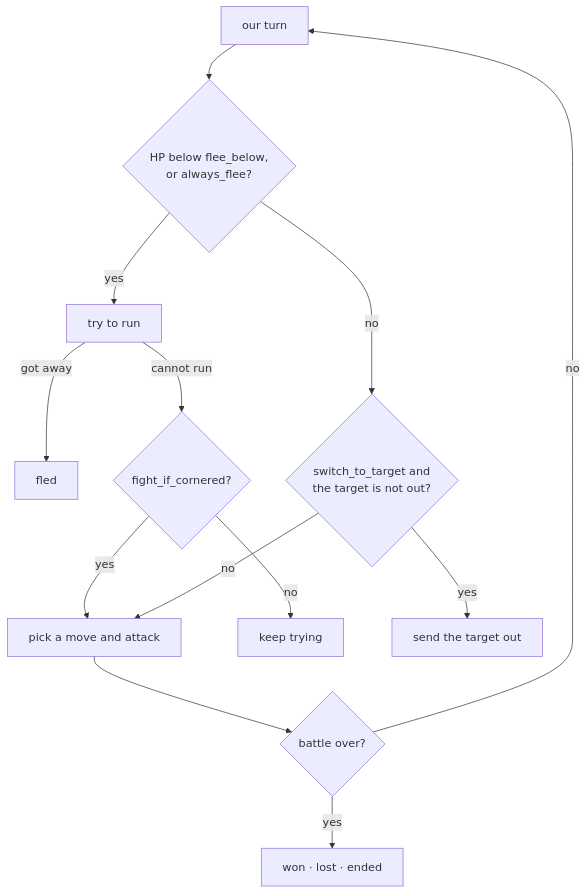
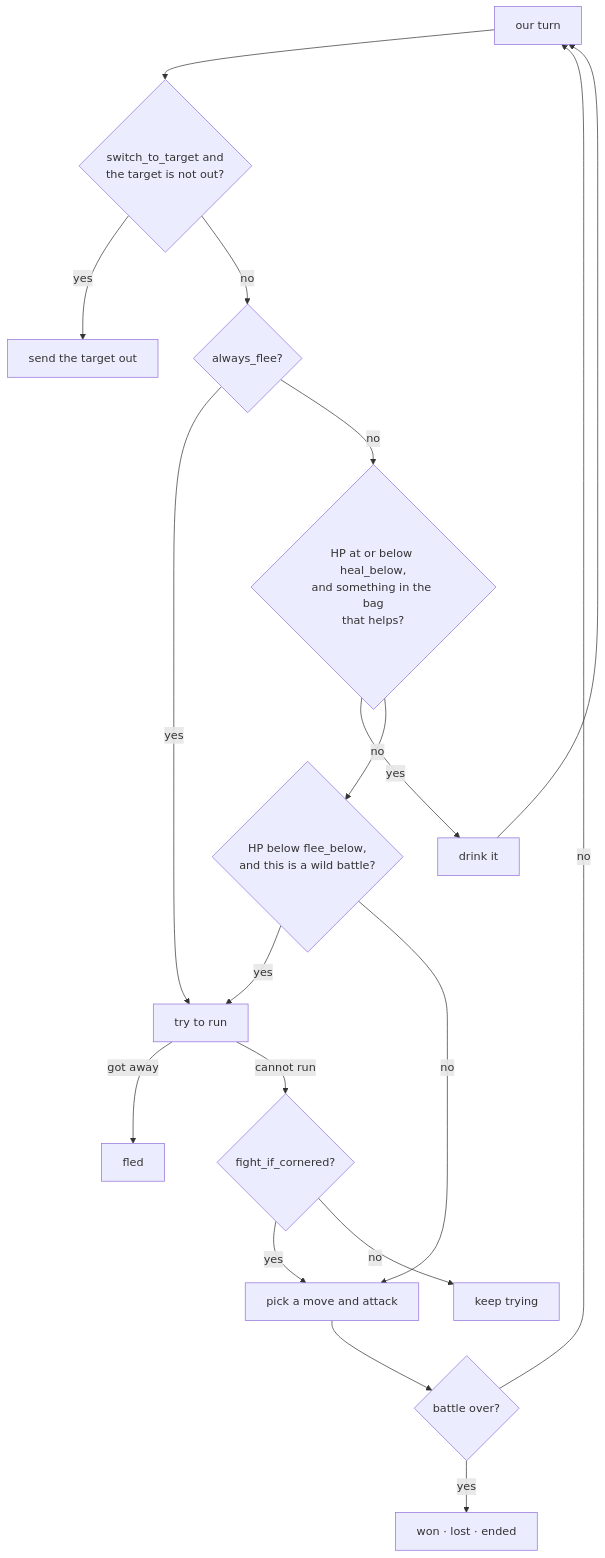
The fifth of 14 diagrams in docs/CODE.md (minormending/crystal-pilot), drawn with Mermaid before and after one commit. The commit also changed other lines of this file and 3 other files, not shown here.

````diff
--- a/docs/CODE.md
+++ b/docs/CODE.md
@@ -435,15 +594,20 @@
 ```mermaid
 flowchart TD
-    A["our turn"] --> F{"HP below flee_below,<br/>or always_flee?"}
+    A["our turn"] --> SW{"switch_to_target and<br/>the target is not out?"}
+    SW -- yes --> SWITCH["send the target out"]
+    SW -- no --> AF{"always_flee?"}
+    AF -- yes --> TRY
+    AF -- no --> H{"HP at or below heal_below,<br/>and something in the bag<br/>that helps?"}
+    H -- yes --> HEAL["drink it"]
+    HEAL --> A
+    H -- no --> F{"HP below flee_below,<br/>and this is a wild battle?"}
     F -- yes --> TRY["try to run"]
     TRY -- "got away" --> FLED["fled"]
     TRY -- "cannot run" --> C{"fight_if_cornered?"}
     C -- yes --> FIGHT
     C -- no --> KEEP["keep trying"]
-    F -- no --> SW{"switch_to_target and<br/>the target is not out?"}
-    SW -- yes --> SWITCH["send the target out"]
-    SW -- no --> FIGHT["pick a move and attack"]
+    F -- no --> FIGHT["pick a move and attack"]
     FIGHT --> R{"battle over?"}
     R -- no --> A
     R -- yes --> OUT["won · lost · ended"]
 ```
````
